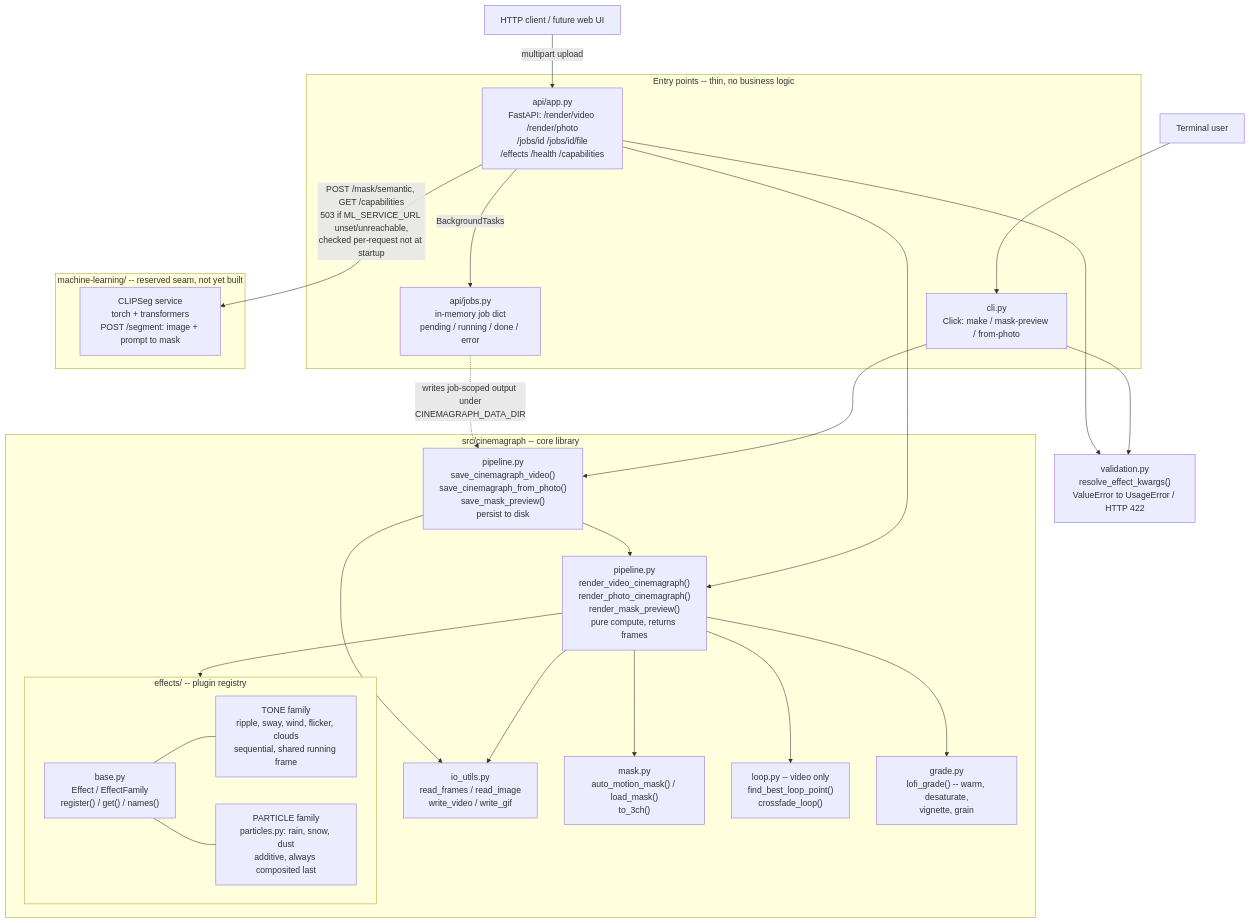
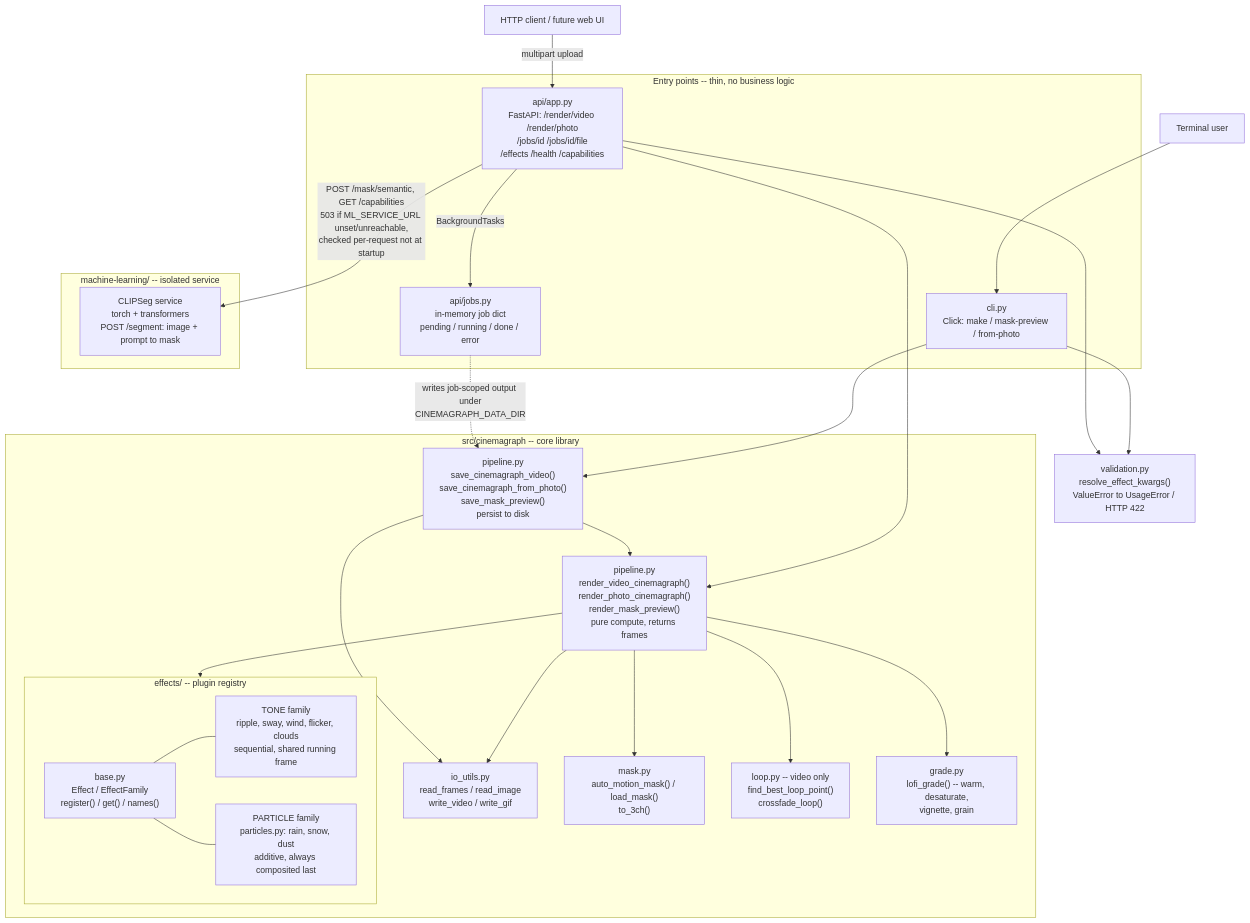
Before and after one commit to glb99/cinemagraph: the first of 2 diagrams in README.md, drawn with Mermaid. The commit also changed other lines of this file and 10 other files, not shown here.

````diff
--- a/README.md
+++ b/README.md
@@ -226,55 +228,55 @@
 ```mermaid
 flowchart TB
     TermUser["Terminal user"]
     HttpUser["HTTP client / future web UI"]
 
     TermUser --> CLI
     HttpUser -->|"multipart upload"| API
 
     subgraph EntryPoints["Entry points -- thin, no business logic"]
         CLI["cli.py<br/>Click: make / mask-preview / from-photo"]
         API["api/app.py<br/>FastAPI: /render/video /render/photo<br/>/jobs/id /jobs/id/file<br/>/effects /health /capabilities"]
         Jobs["api/jobs.py<br/>in-memory job dict<br/>pending / running / done / error"]
         API -->|"BackgroundTasks"| Jobs
     end
 
     CLI --> Validation
     API --> Validation
     Validation["validation.py<br/>resolve_effect_kwargs()<br/>ValueError to UsageError / HTTP 422"]
 
     CLI --> Save
     API --> Render
     Jobs -.->|"writes job-scoped output under<br/>CINEMAGRAPH_DATA_DIR"| Save
 
     subgraph CoreLib["src/cinemagraph -- core library"]
         Save["pipeline.py<br/>save_cinemagraph_video()<br/>save_cinemagraph_from_photo()<br/>save_mask_preview()<br/>persist to disk"]
         Render["pipeline.py<br/>render_video_cinemagraph()<br/>render_photo_cinemagraph()<br/>render_mask_preview()<br/>pure compute, returns frames"]
         Save --> Render
 
         IO["io_utils.py<br/>read_frames / read_image<br/>write_video / write_gif"]
         Mask["mask.py<br/>auto_motion_mask() / load_mask()<br/>to_3ch()"]
         Loop["loop.py -- video only<br/>find_best_loop_point()<br/>crossfade_loop()"]
         Grade["grade.py<br/>lofi_grade() -- warm, desaturate,<br/>vignette, grain"]
 
         subgraph Effects["effects/ -- plugin registry"]
             Base["base.py<br/>Effect / EffectFamily<br/>register() / get() / names()"]
             Tone["TONE family<br/>ripple, sway, wind, flicker, clouds<br/>sequential, shared running frame"]
             Particle["PARTICLE family<br/>particles.py: rain, snow, dust<br/>additive, always composited last"]
             Base --- Tone
             Base --- Particle
         end
 
         Render --> IO
         Render --> Mask
         Render --> Loop
         Render --> Grade
         Render --> Effects
         Save --> IO
     end
 
     API -->|"POST /mask/semantic, GET /capabilities<br/>503 if ML_SERVICE_URL unset/unreachable,<br/>checked per-request not at startup"| MLService
 
-    subgraph MachineLearning["machine-learning/ -- reserved seam, not yet built"]
+    subgraph MachineLearning["machine-learning/ -- isolated service"]
         MLService["CLIPSeg service<br/>torch + transformers<br/>POST /segment: image + prompt to mask"]
     end
 ```
````
